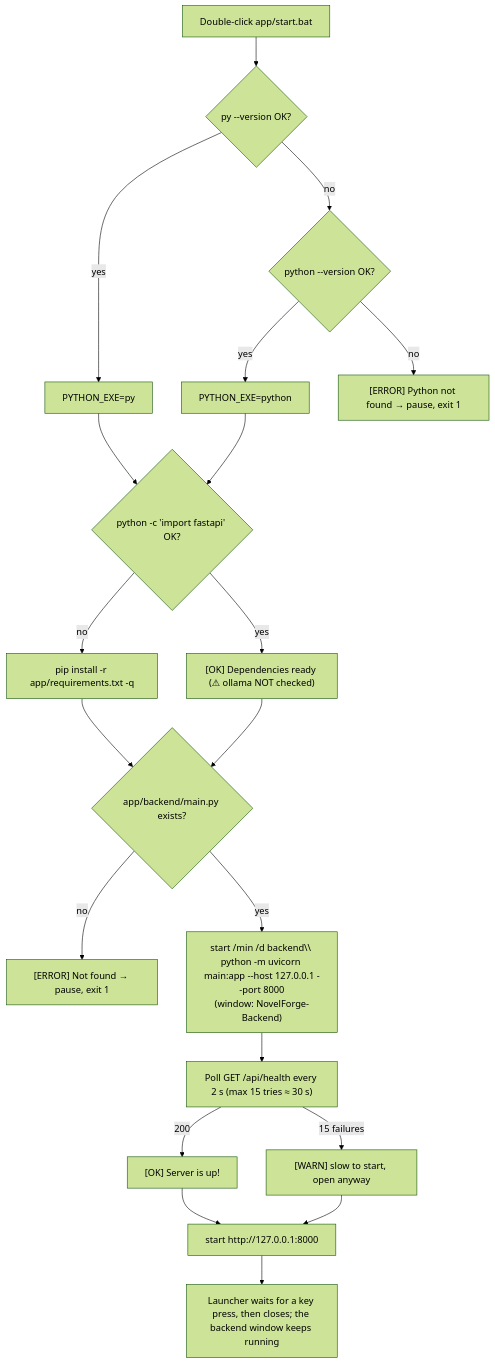
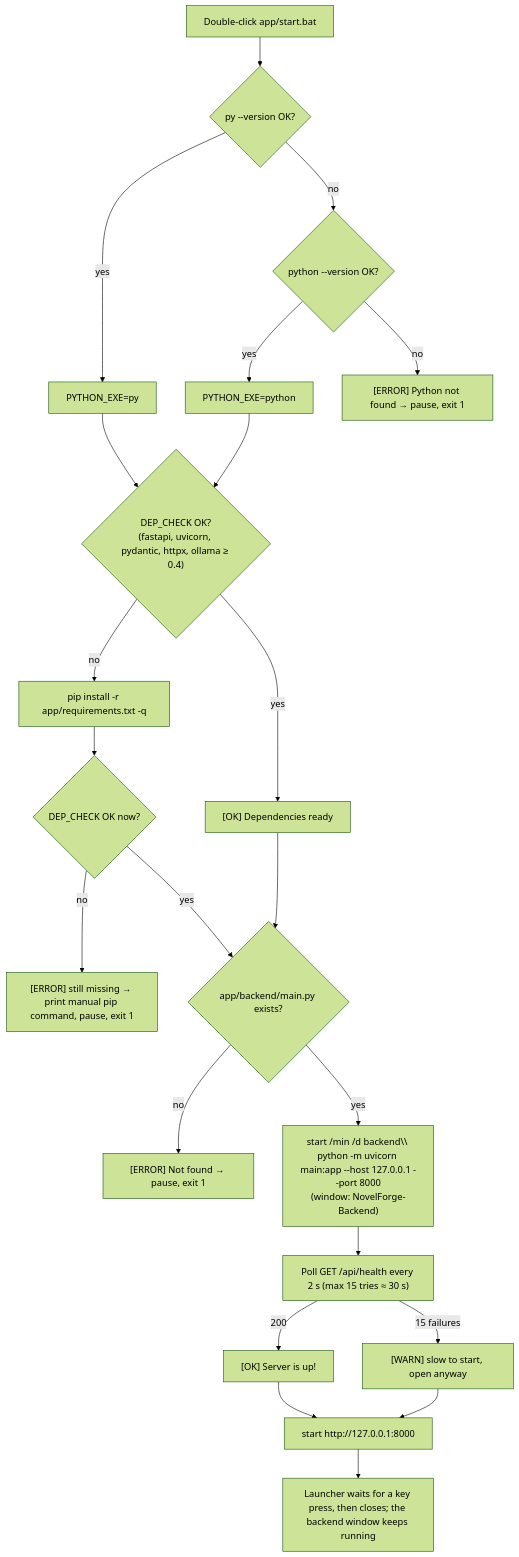
The first of 3 diagrams in docs/technical/02-workflows.md (Tejasva-Maurya/AI_Writer), drawn with Mermaid (forest theme) before and after one commit. The commit also changed other lines of this file and 22 other files, not shown here.

````diff
--- a/docs/technical/02-workflows.md
+++ b/docs/technical/02-workflows.md
@@ -25,20 +25,22 @@
 ```mermaid
 flowchart TD
     A[Double-click app/start.bat] --> B{"py --version OK?"}
     B -- yes --> P[PYTHON_EXE=py]
     B -- no --> C{"python --version OK?"}
     C -- yes --> Q[PYTHON_EXE=python]
     C -- no --> X1["[ERROR] Python not found → pause, exit 1"]
-    P & Q --> D{"python -c 'import fastapi' OK?"}
+    P & Q --> D{"DEP_CHECK OK?<br/>(fastapi, uvicorn, pydantic, httpx, ollama ≥ 0.4)"}
     D -- no --> E["pip install -r app/requirements.txt -q"]
-    D -- yes --> F["[OK] Dependencies ready (⚠ ollama NOT checked)"]
-    E --> G{"app/backend/main.py exists?"}
+    E --> D2{"DEP_CHECK OK now?"}
+    D2 -- no --> X3["[ERROR] still missing → print manual pip command, pause, exit 1"]
+    D2 -- yes --> G{"app/backend/main.py exists?"}
+    D -- yes --> F["[OK] Dependencies ready"]
     F --> G
     G -- no --> X2["[ERROR] Not found → pause, exit 1"]
     G -- yes --> H["start /min /d backend\\ python -m uvicorn main:app --host 127.0.0.1 --port 8000<br/>(window: NovelForge-Backend)"]
     H --> I["Poll GET /api/health every 2 s (max 15 tries ≈ 30 s)"]
     I -- 200 --> J["[OK] Server is up!"]
     I -- 15 failures --> K["[WARN] slow to start, open anyway"]
     J & K --> L["start http://127.0.0.1:8000"]
     L --> M[Launcher waits for a key press, then closes; the backend window keeps running]
 ```
````
